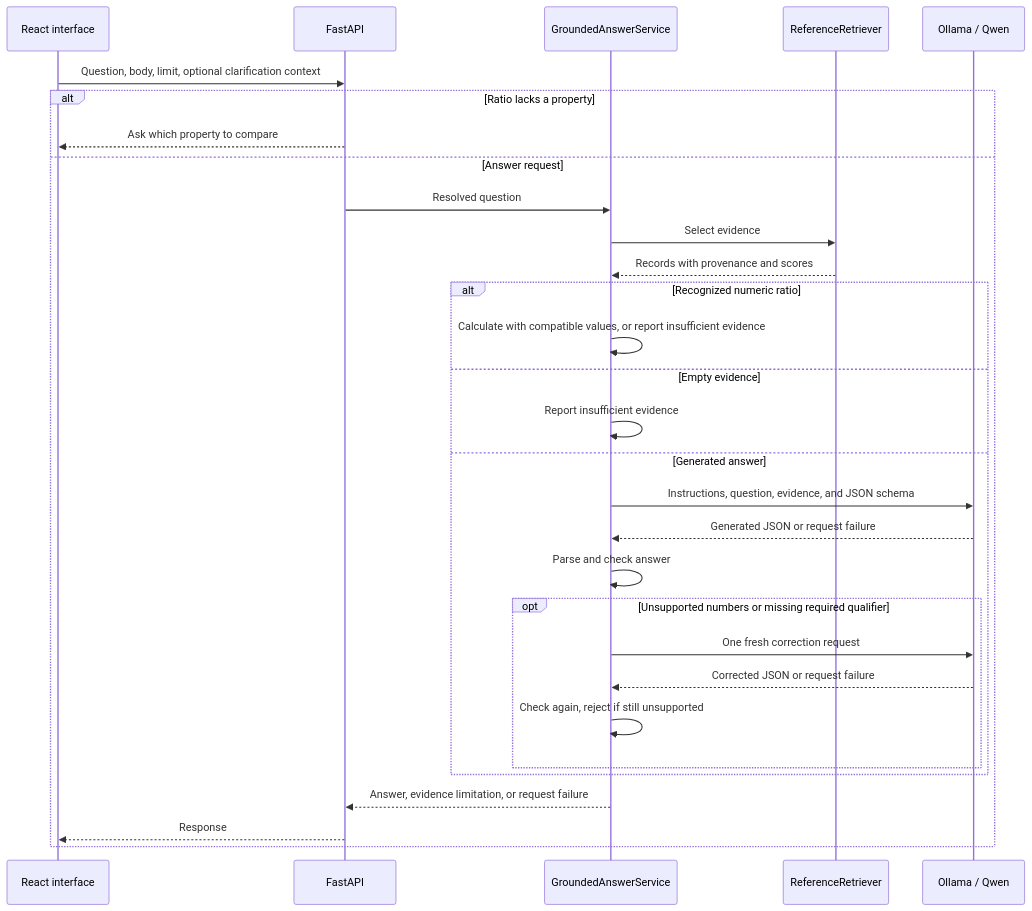
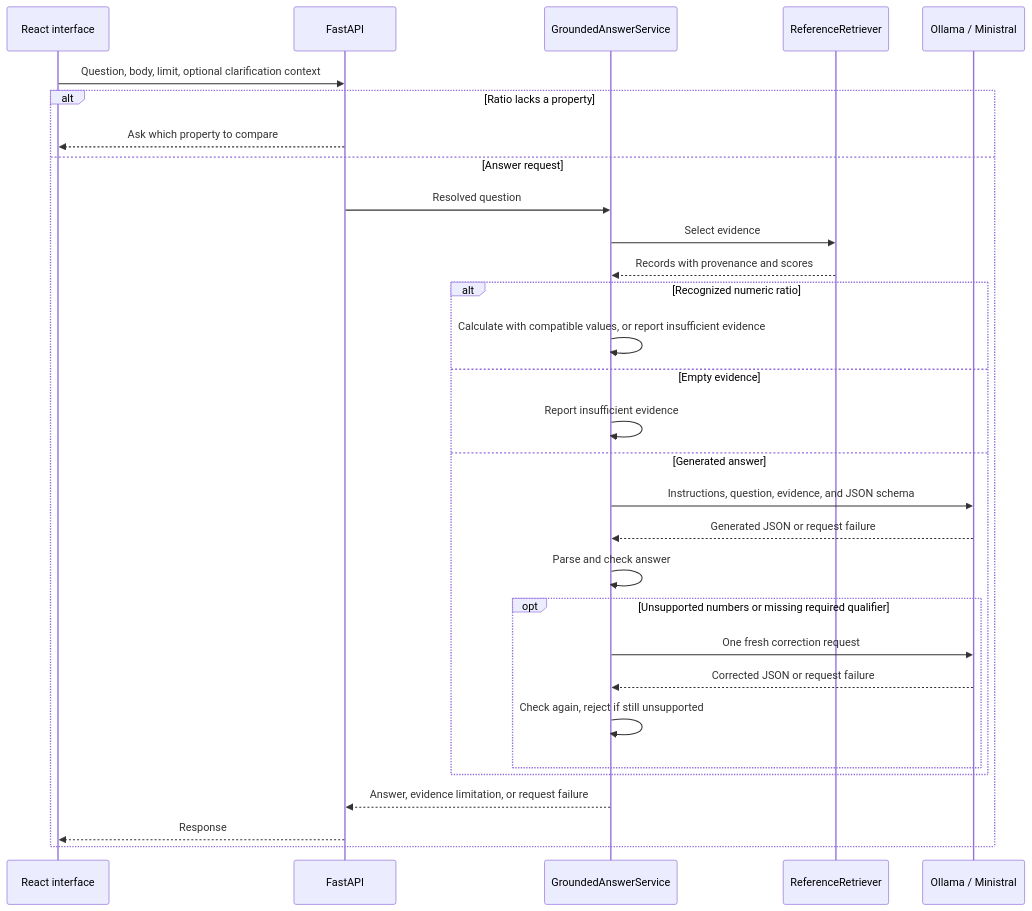
The sixth of 6 diagrams in docs/ai-pipeline.md (Kongstad/planetary-scanner), drawn with Mermaid before and after one commit. The commit also changed other lines of this file and 5 other files, not shown here.

Commit message:
Replace Qwen with Ministral 3 for local answers

````diff
--- a/docs/ai-pipeline.md
+++ b/docs/ai-pipeline.md
@@ -263,32 +263,32 @@
 ```mermaid
 sequenceDiagram
     participant Browser as React interface
     participant API as FastAPI
     participant Service as GroundedAnswerService
     participant Retrieval as ReferenceRetriever
-    participant Qwen as Ollama / Qwen
+    participant Ministral as Ollama / Ministral
     Browser->>API: Question, body, limit, optional clarification context
     alt Ratio lacks a property
         API-->>Browser: Ask which property to compare
     else Answer request
         API->>Service: Resolved question
         Service->>Retrieval: Select evidence
         Retrieval-->>Service: Records with provenance and scores
         alt Recognized numeric ratio
             Service->>Service: Calculate with compatible values, or report insufficient evidence
         else Empty evidence
             Service->>Service: Report insufficient evidence
         else Generated answer
-            Service->>Qwen: Instructions, question, evidence, and JSON schema
-            Qwen-->>Service: Generated JSON or request failure
+            Service->>Ministral: Instructions, question, evidence, and JSON schema
+            Ministral-->>Service: Generated JSON or request failure
             Service->>Service: Parse and check answer
             opt Unsupported numbers or missing required qualifier
-                Service->>Qwen: One fresh correction request
-                Qwen-->>Service: Corrected JSON or request failure
+                Service->>Ministral: One fresh correction request
+                Ministral-->>Service: Corrected JSON or request failure
                 Service->>Service: Check again, reject if still unsupported
             end
         end
         Service-->>API: Answer, evidence limitation, or request failure
         API-->>Browser: Response
     end
 ```
````
